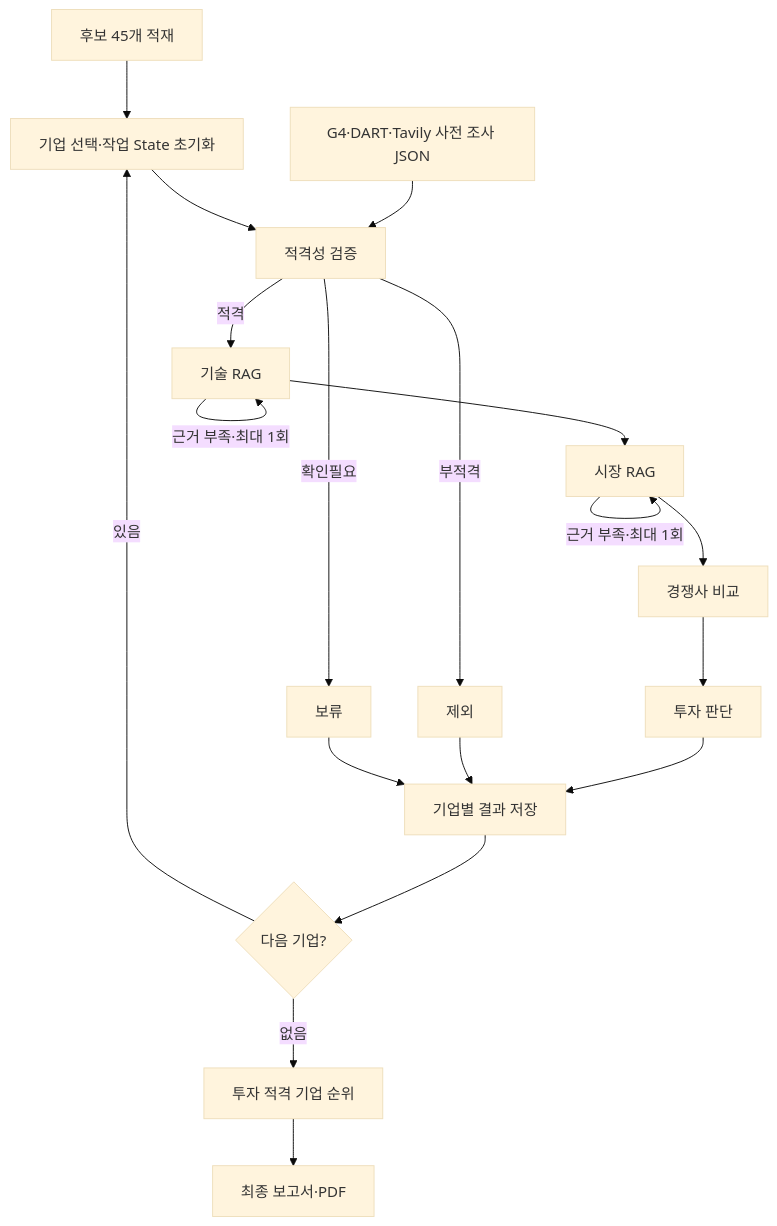
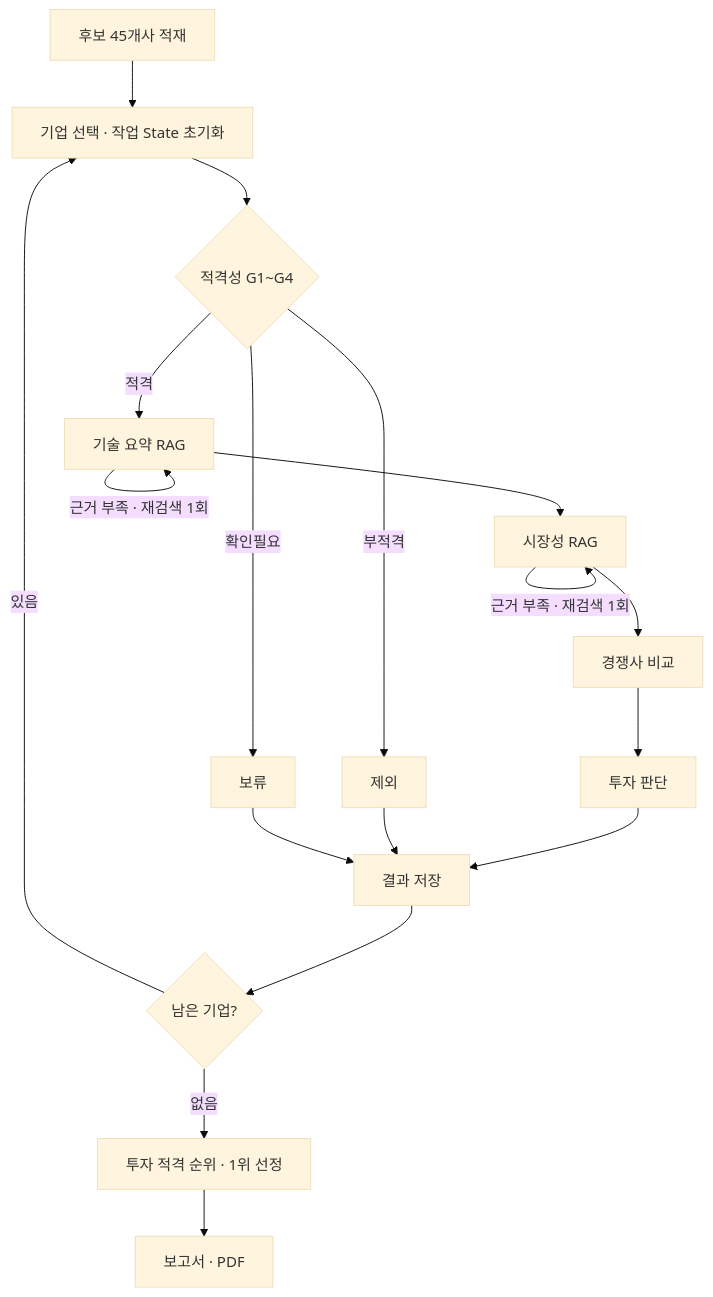
Before and after one commit to kimhynsoo/skala-rag: the diagram in README.md, drawn with Mermaid (base theme). The commit also changed other lines of this file, not shown here.

````diff
--- a/README.md
+++ b/README.md
@@ -52,21 +57,20 @@
 ```mermaid
 flowchart TD
-    LOAD[후보 45개 적재] --> SELECT[기업 선택·작업 State 초기화]
-    PREP[G4·DART·Tavily 사전 조사 JSON] --> ELIG[적격성 검증]
-    SELECT --> ELIG
-    ELIG -->|적격| TECH[기술 RAG]
+    LOAD[후보 45개사 적재] --> SELECT[기업 선택 · 작업 State 초기화]
+    SELECT --> ELIG{적격성 G1~G4}
+    ELIG -->|적격| TECH[기술 요약 RAG]
     ELIG -->|부적격| EXCLUDE[제외]
     ELIG -->|확인필요| HOLD[보류]
-    TECH -->|근거 부족·최대 1회| TECH
-    TECH --> MARKET[시장 RAG]
-    MARKET -->|근거 부족·최대 1회| MARKET
+    TECH -->|근거 부족 · 재검색 1회| TECH
+    TECH --> MARKET[시장성 RAG]
+    MARKET -->|근거 부족 · 재검색 1회| MARKET
     MARKET --> COMP[경쟁사 비교]
     COMP --> INVEST[투자 판단]
-    INVEST --> SAVE[기업별 결과 저장]
+    INVEST --> SAVE[결과 저장]
     EXCLUDE --> SAVE
     HOLD --> SAVE
-    SAVE --> NEXT{다음 기업?}
+    SAVE --> NEXT{남은 기업?}
     NEXT -->|있음| SELECT
-    NEXT -->|없음| RANK[투자 적격 기업 순위]
-    RANK --> REPORT[최종 보고서·PDF]
+    NEXT -->|없음| RANK[투자 적격 순위 · 1위 선정]
+    RANK --> REPORT[보고서 · PDF]
 ```
````
